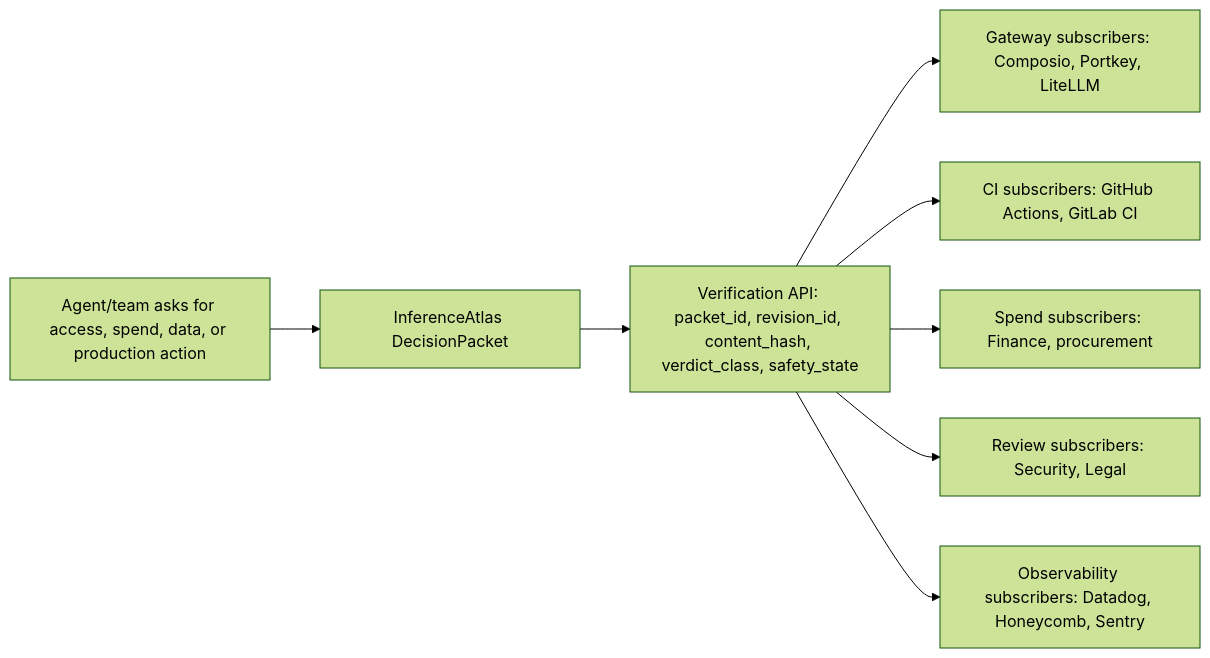
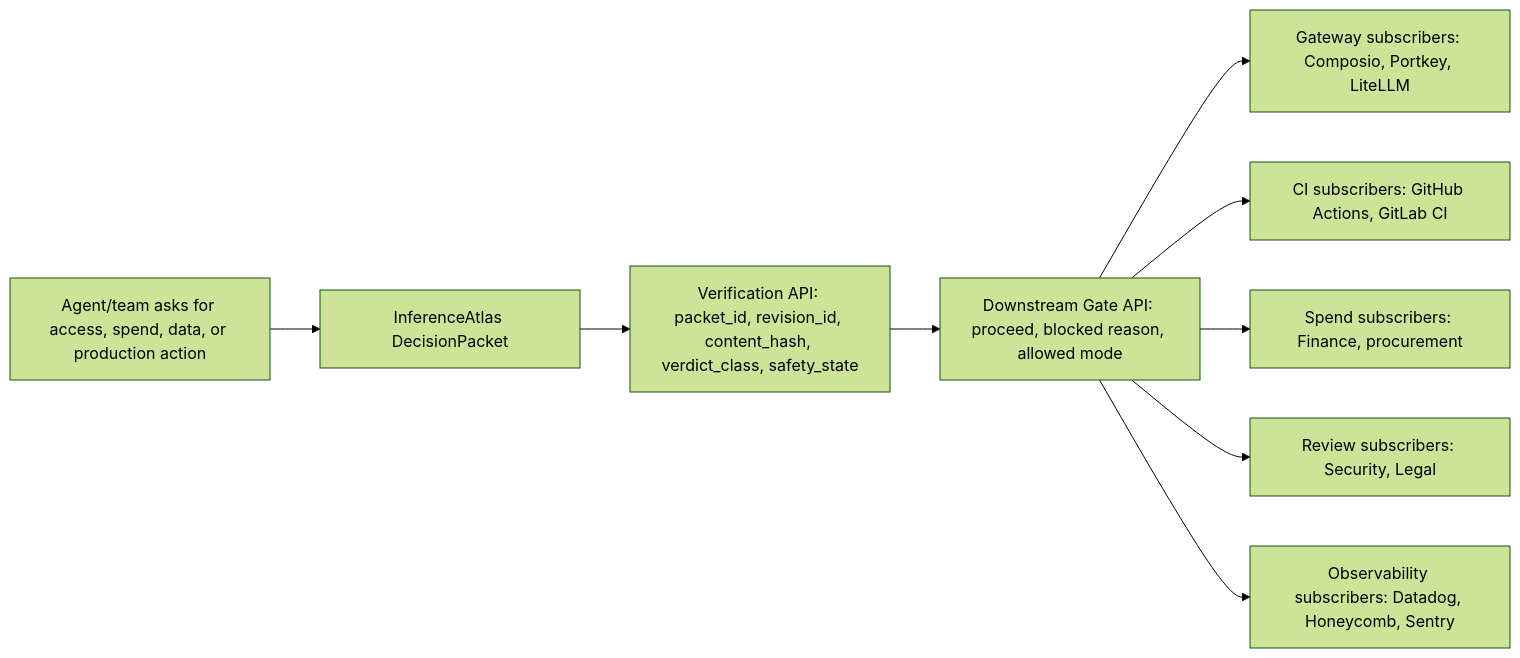
The diagram in docs/CONTRACT.md (jayeshsuyal/inferenceatlas-agent-demo), drawn with Mermaid (forest theme) before and after one commit. The commit also changed other lines of this file and 16 other files, not shown here.

Commit message:
feat: add downstream gate decisions

````diff
--- a/docs/CONTRACT.md
+++ b/docs/CONTRACT.md
@@ -17,10 +17,11 @@
 ```mermaid
 flowchart LR
   A["Agent/team asks for access, spend, data, or production action"] --> B["InferenceAtlas DecisionPacket"]
   B --> C["Verification API: packet_id, revision_id, content_hash, verdict_class, safety_state"]
-  C --> D["Gateway subscribers: Composio, Portkey, LiteLLM"]
-  C --> E["CI subscribers: GitHub Actions, GitLab CI"]
-  C --> F["Spend subscribers: Finance, procurement"]
-  C --> G["Review subscribers: Security, Legal"]
-  C --> H["Observability subscribers: Datadog, Honeycomb, Sentry"]
+  C --> I["Downstream Gate API: proceed, blocked reason, allowed mode"]
+  I --> D["Gateway subscribers: Composio, Portkey, LiteLLM"]
+  I --> E["CI subscribers: GitHub Actions, GitLab CI"]
+  I --> F["Spend subscribers: Finance, procurement"]
+  I --> G["Review subscribers: Security, Legal"]
+  I --> H["Observability subscribers: Datadog, Honeycomb, Sentry"]
 ```
````
